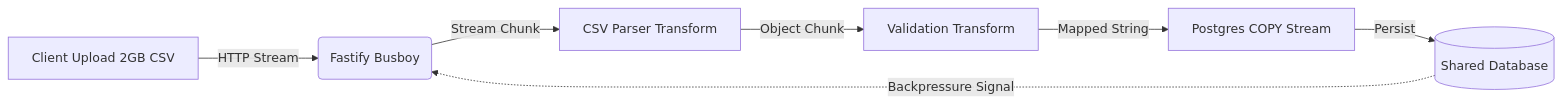
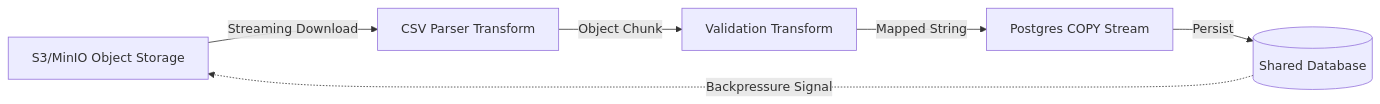
The second of 2 diagrams in specs/SPEC-STREAM-API.md (h3rmel/distributed-systems-lab), drawn with Mermaid before and after one commit. The commit also changed other lines of this file and 1 other file, not shown here.

Commit message:
docs(stream-api): update architecture to use object storage (S3/MinIO)

````diff
--- a/specs/SPEC-STREAM-API.md
+++ b/specs/SPEC-STREAM-API.md
@@ -31,9 +43,8 @@
 ```mermaid
 graph LR
-    A[Client Upload 2GB CSV] -->|HTTP Stream| B(Fastify Busboy)
-    B -->|Stream Chunk| C[CSV Parser Transform]
-    C -->|Object Chunk| D[Validation Transform]
-    D -->|Mapped String| E[Postgres COPY Stream]
-    E -->|Persist| F[(Shared Database)]
-    F -.->|Backpressure Signal| B
+    A[S3/MinIO Object Storage] -->|Streaming Download| B[CSV Parser Transform]
+    B -->|Object Chunk| C[Validation Transform]
+    C -->|Mapped String| D[Postgres COPY Stream]
+    D -->|Persist| E[(Shared Database)]
+    E -.->|Backpressure Signal| A
 ```
````
